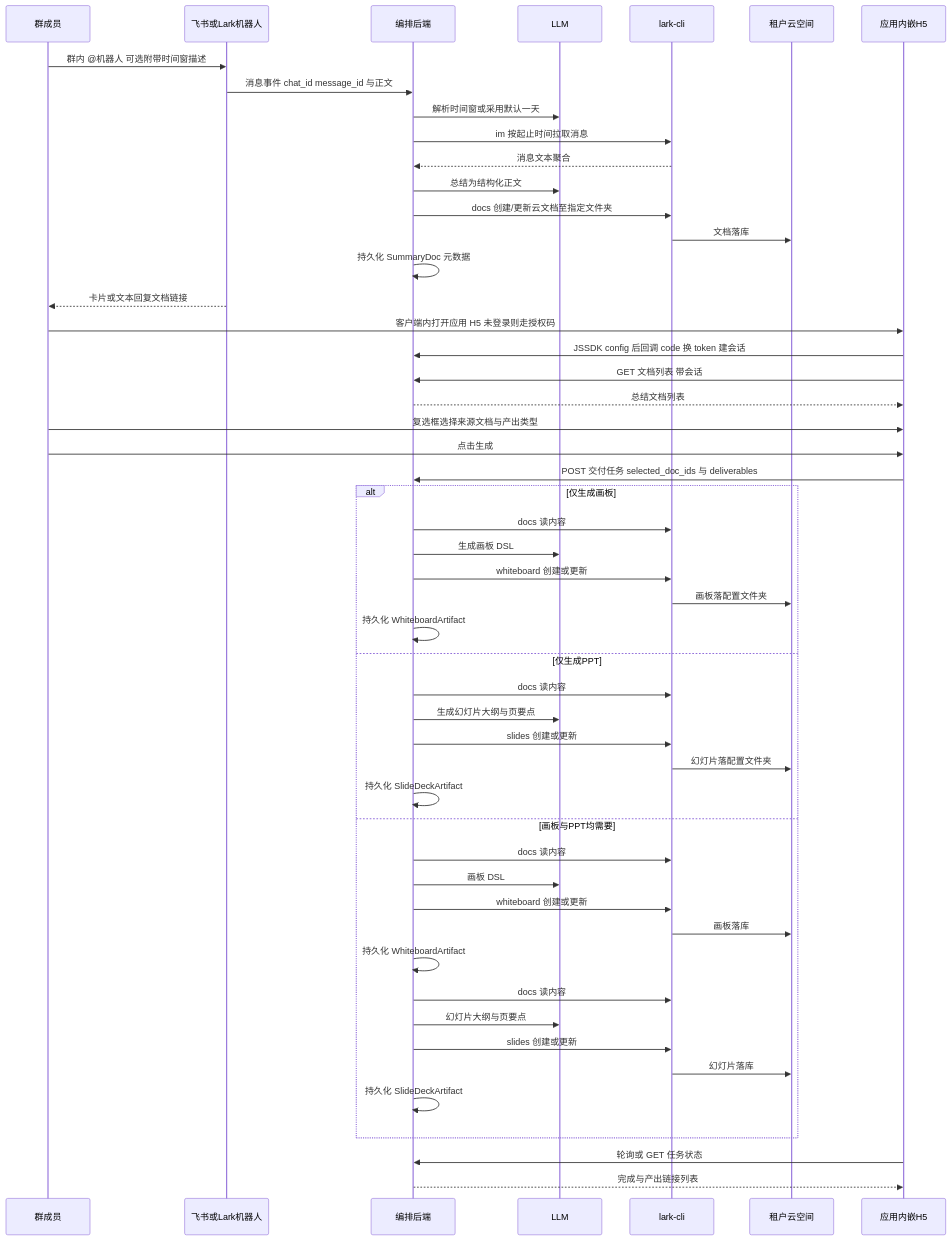
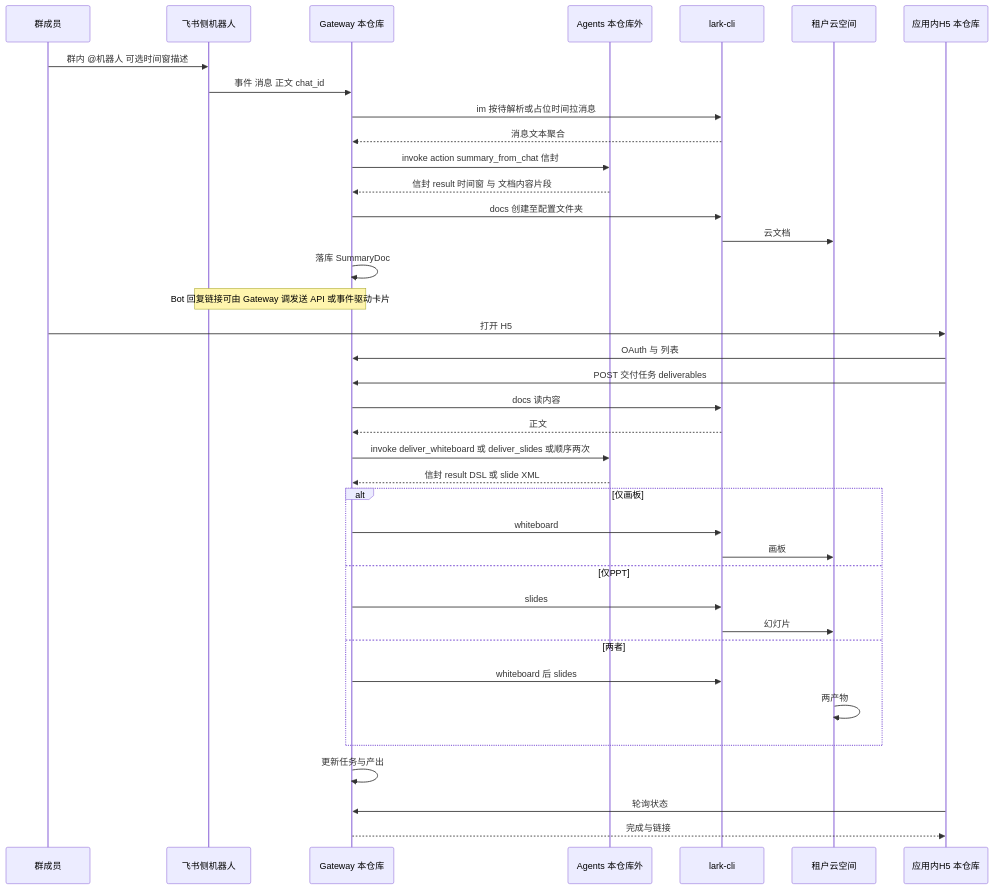
Before and after one commit to seinzwong/im-office-agent: the second of 2 diagrams in .cursor/plans/agent-pilot_架构计划_1ee2dcd2.plan.md, drawn with Mermaid. The commit also changed other lines of this file and 43 other files, not shown here.

````diff
--- a/.cursor/plans/agent-pilot_架构计划_1ee2dcd2.plan.md
+++ b/.cursor/plans/agent-pilot_架构计划_1ee2dcd2.plan.md
@@ -46,57 +132,42 @@
 ```mermaid
 sequenceDiagram
   participant User as 群成员
-  participant Bot as 飞书或Lark机器人
-  participant Orch as 编排后端
-  participant LLM as LLM
+  participant Bot as 飞书侧机器人
+  participant GW as Gateway 本仓库
+  participant AG as Agents 本仓库外
   participant CLI as lark-cli
   participant Drive as 租户云空间
-  participant Web as 应用内嵌H5
+  participant Web as 应用内H5 本仓库
 
-  User->>Bot: 群内 @机器人 可选附带时间窗描述
-  Bot->>Orch: 消息事件 chat_id message_id 与正文
-  Orch->>LLM: 解析时间窗或采用默认一天
-  Orch->>CLI: im 按起止时间拉取消息
-  CLI-->>Orch: 消息文本聚合
-  Orch->>LLM: 总结为结构化正文
-  Orch->>CLI: docs 创建/更新云文档至指定文件夹
-  CLI->>Drive: 文档落库
-  Orch->>Orch: 持久化 SummaryDoc 元数据
-  Bot-->>User: 卡片或文本回复文档链接
+  User->>Bot: 群内 @机器人 可选时间窗描述
+  Bot->>GW: 事件 消息 正文 chat_id
+  GW->>CLI: im 按待解析或占位时间拉消息
+  CLI-->>GW: 消息文本聚合
+  GW->>AG: invoke action summary_from_chat 信封
+  AG-->>GW: 信封 result 时间窗 与 文档内容片段
+  GW->>CLI: docs 创建至配置文件夹
+  CLI->>Drive: 云文档
+  GW->>GW: 落库 SummaryDoc
+  Note over Bot,GW: Bot 回复链接可由 Gateway 调发送 API 或事件驱动卡片
 
-  User->>Web: 客户端内打开应用 H5 未登录则走授权码
-  Web->>Orch: JSSDK config 后回调 code 换 token 建会话
-  Web->>Orch: GET 文档列表 带会话
-  Orch-->>Web: 总结文档列表
-  User->>Web: 复选框选择来源文档与产出类型
-  User->>Web: 点击生成
-  Web->>Orch: POST 交付任务 selected_doc_ids 与 deliverables
-
-  alt 仅生成画板
-    Orch->>CLI: docs 读内容
-    Orch->>LLM: 生成画板 DSL
-    Orch->>CLI: whiteboard 创建或更新
-    CLI->>Drive: 画板落配置文件夹
-    Orch->>Orch: 持久化 WhiteboardArtifact
-  else 仅生成PPT
-    Orch->>CLI: docs 读内容
-    Orch->>LLM: 生成幻灯片大纲与页要点
-    Orch->>CLI: slides 创建或更新
-    CLI->>Drive: 幻灯片落配置文件夹
-    Orch->>Orch: 持久化 SlideDeckArtifact
-  else 画板与PPT均需要
-    Orch->>CLI: docs 读内容
-    Orch->>LLM: 画板 DSL
-    Orch->>CLI: whiteboard 创建或更新
-    CLI->>Drive: 画板落库
-    Orch->>Orch: 持久化 WhiteboardArtifact
-    Orch->>CLI: docs 读内容
-    Orch->>LLM: 幻灯片大纲与页要点
-    Orch->>CLI: slides 创建或更新
-    CLI->>Drive: 幻灯片落库
-    Orch->>Orch: 持久化 SlideDeckArtifact
+  User->>Web: 打开 H5
+  Web->>GW: OAuth 与 列表
+  Web->>GW: POST 交付任务 deliverables
+  GW->>CLI: docs 读内容
+  CLI-->>GW: 正文
+  GW->>AG: invoke deliver_whiteboard 或 deliver_slides 或顺序两次
+  AG-->>GW: 信封 result DSL 或 slide XML
+  alt 仅画板
+    GW->>CLI: whiteboard
+    CLI->>Drive: 画板
+  else 仅PPT
+    GW->>CLI: slides
+    CLI->>Drive: 幻灯片
+  else 两者
+    GW->>CLI: whiteboard 后 slides
+    Drive->>Drive: 两产物
   end
-
-  Web->>Orch: 轮询或 GET 任务状态
-  Orch-->>Web: 完成与产出链接列表
+  GW->>GW: 更新任务与产出
+  Web->>GW: 轮询状态
+  GW-->>Web: 完成与链接
 ```
````
